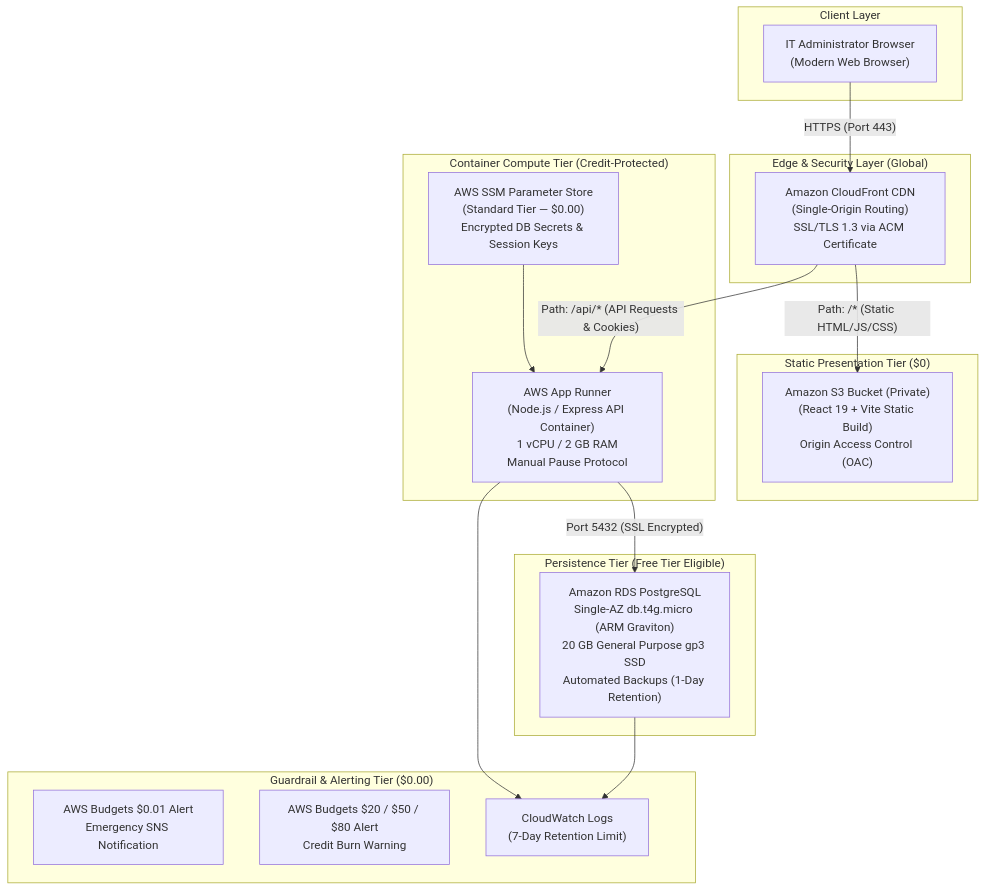
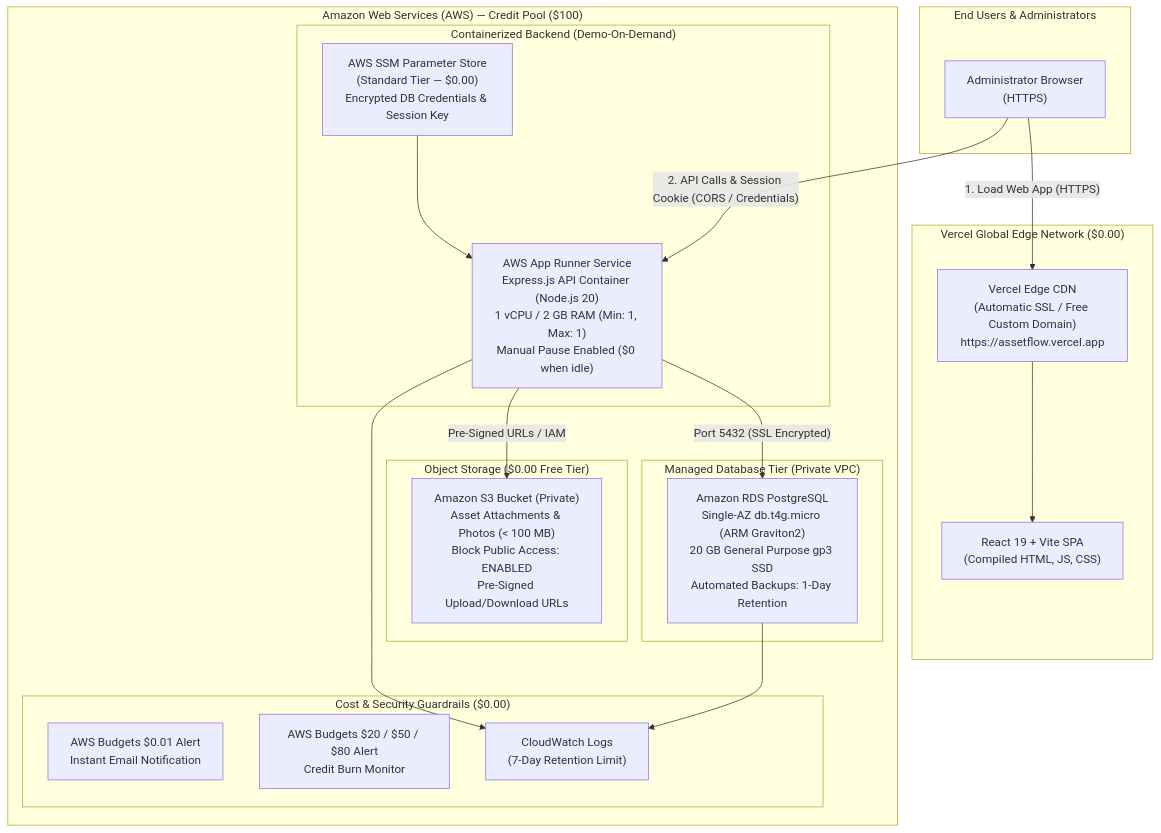
One commit to Gobiraj-03/cloud changed the diagram in docs/AWS_DEPLOYMENT_PLAN.md. Above: the diagram before and after it, drawn with Mermaid. The commit also changed other lines of this file, not shown here.

Commit message:
docs: update deployment plan for Vercel, App Runner, RDS PostgreSQL, and S3 architecture

````diff
--- a/docs/AWS_DEPLOYMENT_PLAN.md
+++ b/docs/AWS_DEPLOYMENT_PLAN.md
@@ -143,37 +28,42 @@
 ```mermaid
 graph TB
-    subgraph Users ["Client Layer"]
-        AdminBrowser["IT Administrator Browser\n(Modern Web Browser)"]
+    subgraph PublicClients ["End Users & Administrators"]
+        Browser["Administrator Browser\n(HTTPS)"]
     end
 
-    subgraph AWSCloudFront ["Edge & Security Layer (Global)"]
-        CF["Amazon CloudFront CDN\n(Single-Origin Routing)\nSSL/TLS 1.3 via ACM Certificate"]
+    subgraph VercelEdge ["Vercel Global Edge Network ($0.00)"]
+        VercelCDN["Vercel Edge CDN\n(Automatic SSL / Free Custom Domain)\nhttps://assetflow.vercel.app"]
+        VercelStatic["React 19 + Vite SPA\n(Compiled HTML, JS, CSS)"]
+        VercelCDN --> VercelStatic
     end
 
-    subgraph FrontendHosting ["Static Presentation Tier ($0)"]
-        S3Static["Amazon S3 Bucket (Private)\n(React 19 + Vite Static Build)\nOrigin Access Control (OAC)"]
+    subgraph AWSCloud ["Amazon Web Services (AWS) — Credit Pool ($100)"]
+        
+        subgraph ComputeLayer ["Containerized Backend (Demo-On-Demand)"]
+            AppRunner["AWS App Runner Service\nExpress.js API Container (Node.js 20)\n1 vCPU / 2 GB RAM (Min: 1, Max: 1)\nManual Pause Enabled ($0 when idle)"]
+            SSM["AWS SSM Parameter Store\n(Standard Tier — $0.00)\nEncrypted DB Credentials & Session Key"]
+            SSM --> AppRunner
+        end
+
+        subgraph StorageLayer ["Object Storage ($0.00 Free Tier)"]
+            S3["Amazon S3 Bucket (Private)\nAsset Attachments & Photos (< 100 MB)\nBlock Public Access: ENABLED\nPre-Signed Upload/Download URLs"]
+            AppRunner -->|"Pre-Signed URLs / IAM"| S3
+        end
+
+        subgraph DatabaseLayer ["Managed Database Tier (Private VPC)"]
+            RDS["Amazon RDS PostgreSQL\nSingle-AZ db.t4g.micro (ARM Graviton2)\n20 GB General Purpose gp3 SSD\nAutomated Backups: 1-Day Retention"]
+            AppRunner -->|"Port 5432 (SSL Encrypted)"| RDS
+        end
+
+        subgraph Guardrails ["Cost & Security Guardrails ($0.00)"]
+            BudgetAlarm["AWS Budgets $0.01 Alert\nInstant Email Notification"]
+            CreditAlarm["AWS Budgets $20 / $50 / $80 Alert\nCredit Burn Monitor"]
+            CWLogs["CloudWatch Logs\n(7-Day Retention Limit)"]
+            AppRunner --> CWLogs
+            RDS --> CWLogs
+        end
     end
 
-    subgraph BackendHosting ["Container Compute Tier (Credit-Protected)"]
-        AppRunner["AWS App Runner\n(Node.js / Express API Container)\n1 vCPU / 2 GB RAM\nManual Pause Protocol"]
-        SSM["AWS SSM Parameter Store\n(Standard Tier — $0.00)\nEncrypted DB Secrets & Session Keys"]
-        SSM --> AppRunner
-    end
-
-    subgraph DatabaseTier ["Persistence Tier (Free Tier Eligible)"]
-        RDS["Amazon RDS PostgreSQL\nSingle-AZ db.t4g.micro (ARM Graviton)\n20 GB General Purpose gp3 SSD\nAutomated Backups (1-Day Retention)"]
-        AppRunner -->|"Port 5432 (SSL Encrypted)"| RDS
-    end
-
-    subgraph ObservabilityTier ["Guardrail & Alerting Tier ($0.00)"]
-        BudgetAlarm["AWS Budgets $0.01 Alert\nEmergency SNS Notification"]
-        CreditAlarm["AWS Budgets $20 / $50 / $80 Alert\nCredit Burn Warning"]
-        CWLogs["CloudWatch Logs\n(7-Day Retention Limit)"]
-        AppRunner --> CWLogs
-        RDS --> CWLogs
-    end
-
-    AdminBrowser -->|"HTTPS (Port 443)"| CF
-    CF -->|"Path: /* (Static HTML/JS/CSS)"| S3Static
-    CF -->|"Path: /api/* (API Requests & Cookies)"| AppRunner
+    Browser -->|"1. Load Web App (HTTPS)"| VercelCDN
+    Browser -->|"2. API Calls & Session Cookie (CORS / Credentials)"| AppRunner
 ```
````
